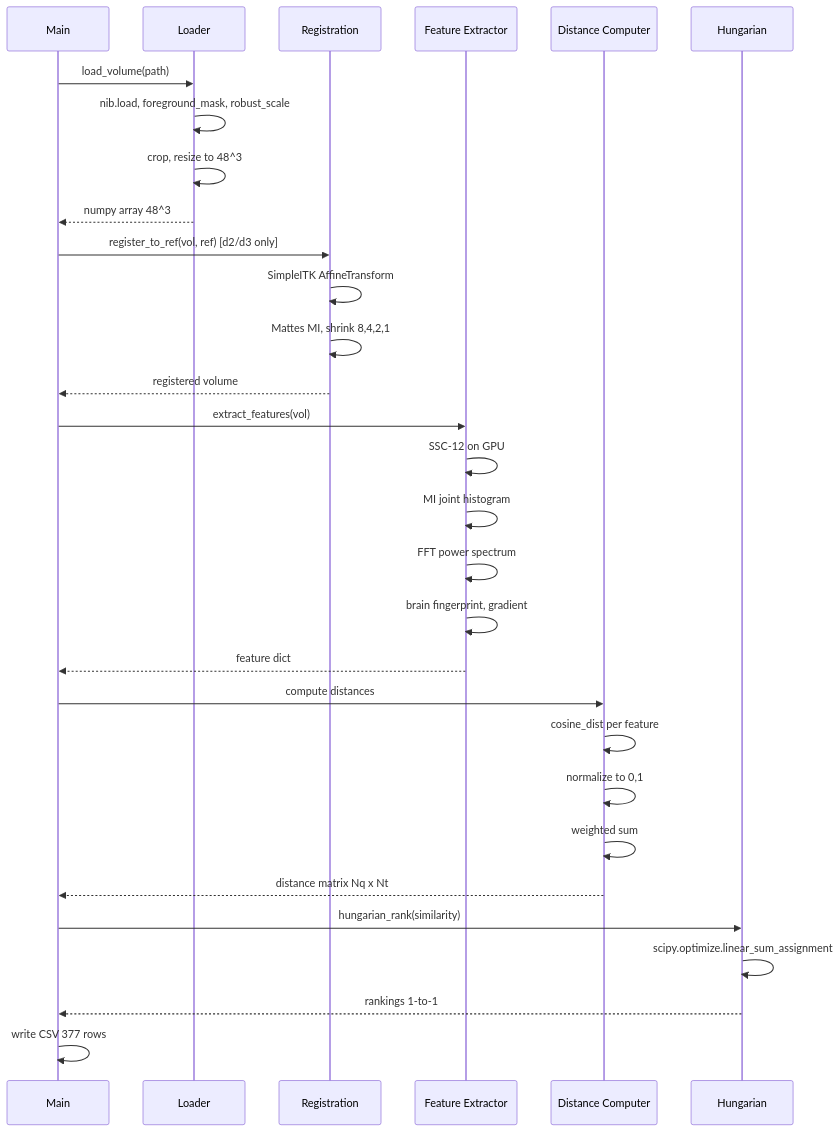
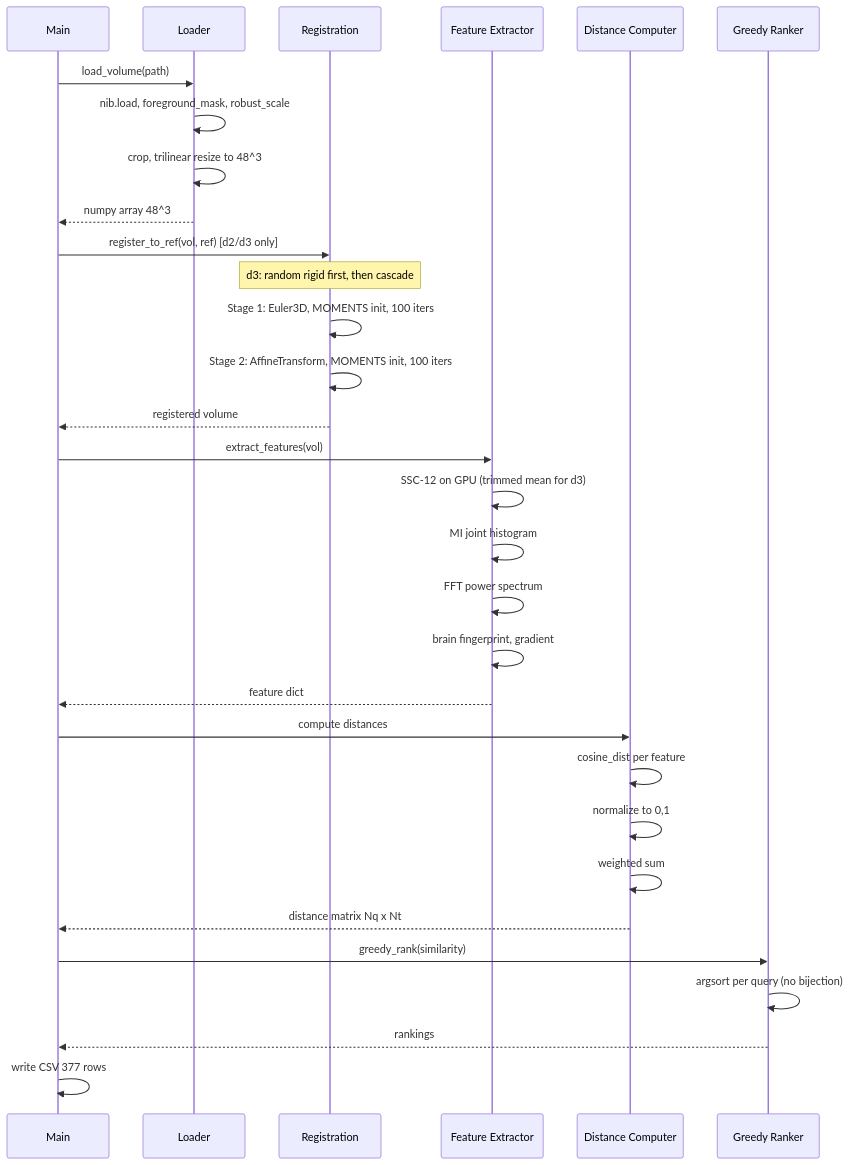
The seventh of 7 diagrams in ARCHITECTURE.md (Ansh2508/ehl-paris-2026-medical-retrieval-yantra), drawn with Mermaid before and after one commit. The commit also changed other lines of this file and 7 other files, not shown here.

First line of the commit message:
feat: v36 honest/deployable (MRR 0.723) — d3 leak fix, MOMENTS cascade, MI post-reg, greedy rank

````diff
--- a/ARCHITECTURE.md
+++ b/ARCHITECTURE.md
@@ -139,38 +171,39 @@
 ```mermaid
 sequenceDiagram
     participant M as Main
     participant L as Loader
     participant R as Registration
     participant F as Feature Extractor
     participant D as Distance Computer
-    participant H as Hungarian
+    participant GR as Greedy Ranker
 
     M->>L: load_volume(path)
     L->>L: nib.load, foreground_mask, robust_scale
-    L->>L: crop, resize to 48^3
+    L->>L: crop, trilinear resize to 48^3
     L-->>M: numpy array 48^3
 
     M->>R: register_to_ref(vol, ref) [d2/d3 only]
-    R->>R: SimpleITK AffineTransform
-    R->>R: Mattes MI, shrink 8,4,2,1
+    Note over R: d3: random rigid first, then cascade
+    R->>R: Stage 1: Euler3D, MOMENTS init, 100 iters
+    R->>R: Stage 2: AffineTransform, MOMENTS init, 100 iters
     R-->>M: registered volume
 
     M->>F: extract_features(vol)
-    F->>F: SSC-12 on GPU
+    F->>F: SSC-12 on GPU (trimmed mean for d3)
     F->>F: MI joint histogram
     F->>F: FFT power spectrum
     F->>F: brain fingerprint, gradient
     F-->>M: feature dict
 
     M->>D: compute distances
     D->>D: cosine_dist per feature
     D->>D: normalize to 0,1
     D->>D: weighted sum
     D-->>M: distance matrix Nq x Nt
 
-    M->>H: hungarian_rank(similarity)
-    H->>H: scipy.optimize.linear_sum_assignment
-    H-->>M: rankings 1-to-1
+    M->>GR: greedy_rank(similarity)
+    GR->>GR: argsort per query (no bijection)
+    GR-->>M: rankings
 
     M->>M: write CSV 377 rows
 ```
````
